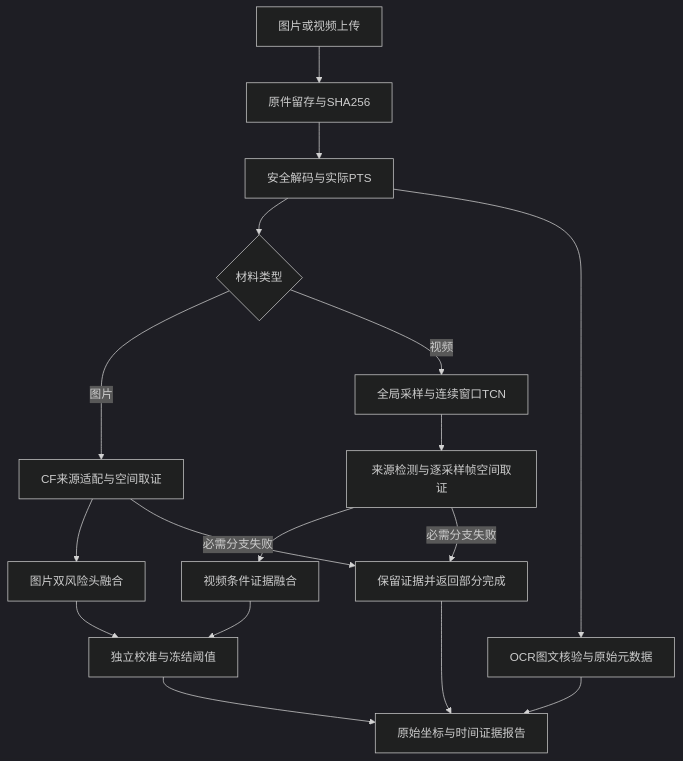
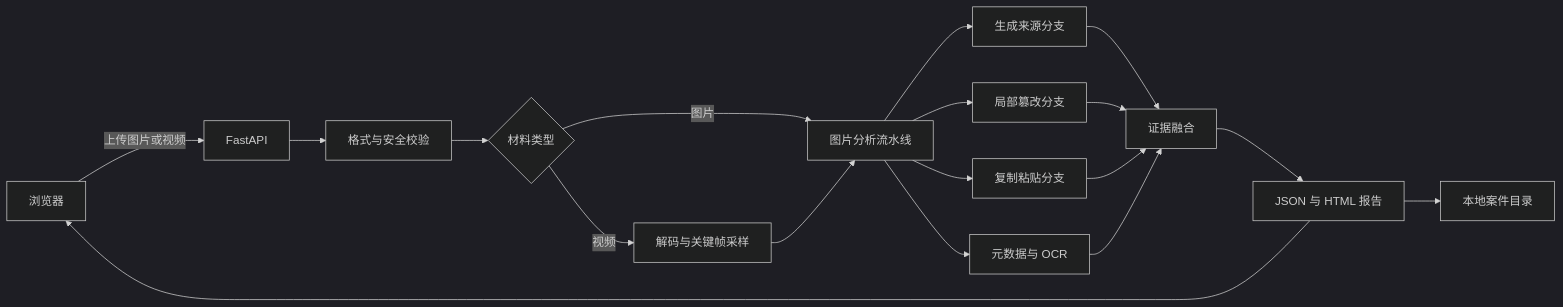
One commit to God-Leelee/Lee changed the diagram in docs/ARCHITECTURE.md. Above: the diagram before and after it, drawn with Mermaid (dark theme). The commit also changed other lines of this file and 35 other files, not shown here.

````diff
--- a/docs/ARCHITECTURE.md
+++ b/docs/ARCHITECTURE.md
@@ -5,19 +5,20 @@
 ```mermaid
-flowchart TD
- A[图片或视频上传] --> B[原件留存与SHA256]
- B --> C[安全解码与实际PTS]
- C --> D{材料类型}
- D -->|图片| E[CF来源适配与空间取证]
- D -->|视频| F[全局采样与连续窗口TCN]
- F --> G[来源检测与逐采样帧空间取证]
- E --> H[图片双风险头融合]
- G --> I[视频条件证据融合]
- C --> J[OCR图文核验与原始元数据]
- H --> K[独立校准与冻结阈值]
- I --> K
- K --> L[原始坐标与时间证据报告]
- J --> L
- E -->|必需分支失败| M[保留证据并返回部分完成]
- G -->|必需分支失败| M
- M --> L
+flowchart LR
+    A[浏览器] -->|上传图片或视频| B[FastAPI]
+    B --> C[格式与安全校验]
+    C --> D{材料类型}
+    D -->|图片| E[图片分析流水线]
+    D -->|视频| F[解码与关键帧采样]
+    F --> E
+    E --> G[生成来源分支]
+    E --> H[局部篡改分支]
+    E --> I[复制粘贴分支]
+    E --> J[元数据与 OCR]
+    G --> K[证据融合]
+    H --> K
+    I --> K
+    J --> K
+    K --> L[JSON 与 HTML 报告]
+    L --> M[本地案件目录]
+    L --> A
 ```
````
